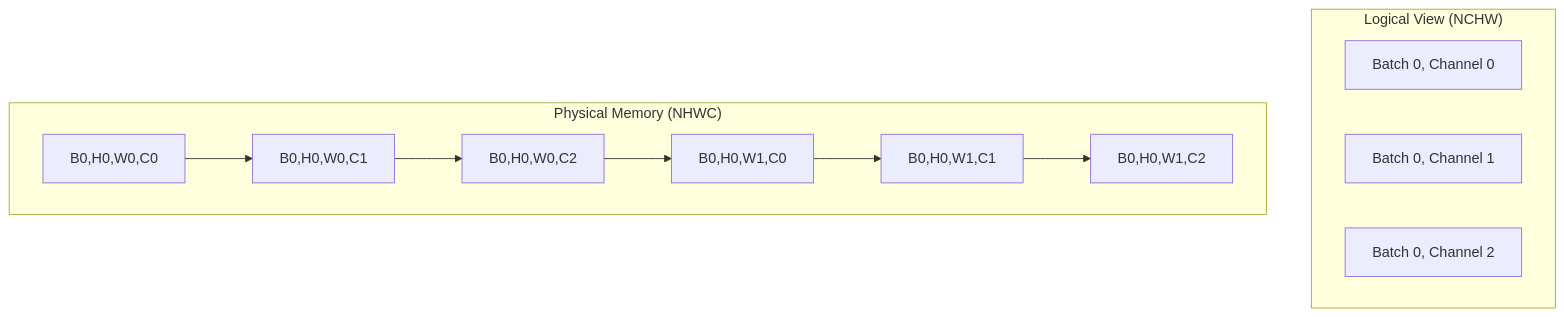
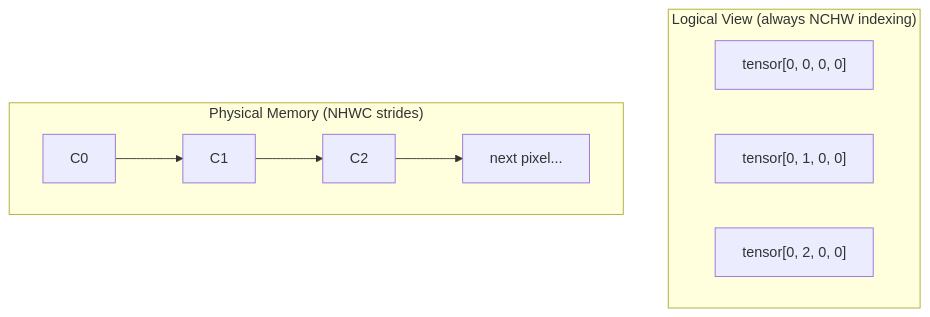
Before and after one commit to YangXu1990uiuc/cudnn_frontend_doc: the diagram in docs/concepts/tensors.md, drawn with Mermaid. The commit also changed other lines of this file and 29 other files, not shown here.

````diff
--- a/docs/concepts/tensors.md
+++ b/docs/concepts/tensors.md
@@ -90,13 +132,13 @@
 ```mermaid
 graph TD
-    subgraph "Logical View (NCHW)"
-        L1[Batch 0, Channel 0]
-        L2[Batch 0, Channel 1]
-        L3[Batch 0, Channel 2]
+    subgraph "Logical View (always NCHW indexing)"
+        L1["tensor[0, 0, 0, 0]"]
+        L2["tensor[0, 1, 0, 0]"]
+        L3["tensor[0, 2, 0, 0]"]
     end
 
-    subgraph "Physical Memory (NHWC)"
-        P1[B0,H0,W0,C0] --> P2[B0,H0,W0,C1] --> P3[B0,H0,W0,C2]
-        P3 --> P4[B0,H0,W1,C0] --> P5[B0,H0,W1,C1] --> P6[B0,H0,W1,C2]
+    subgraph "Physical Memory (NHWC strides)"
+        P1[C0] --> P2[C1] --> P3[C2]
+        P3 --> P4[next pixel...]
     end
 ```
````
